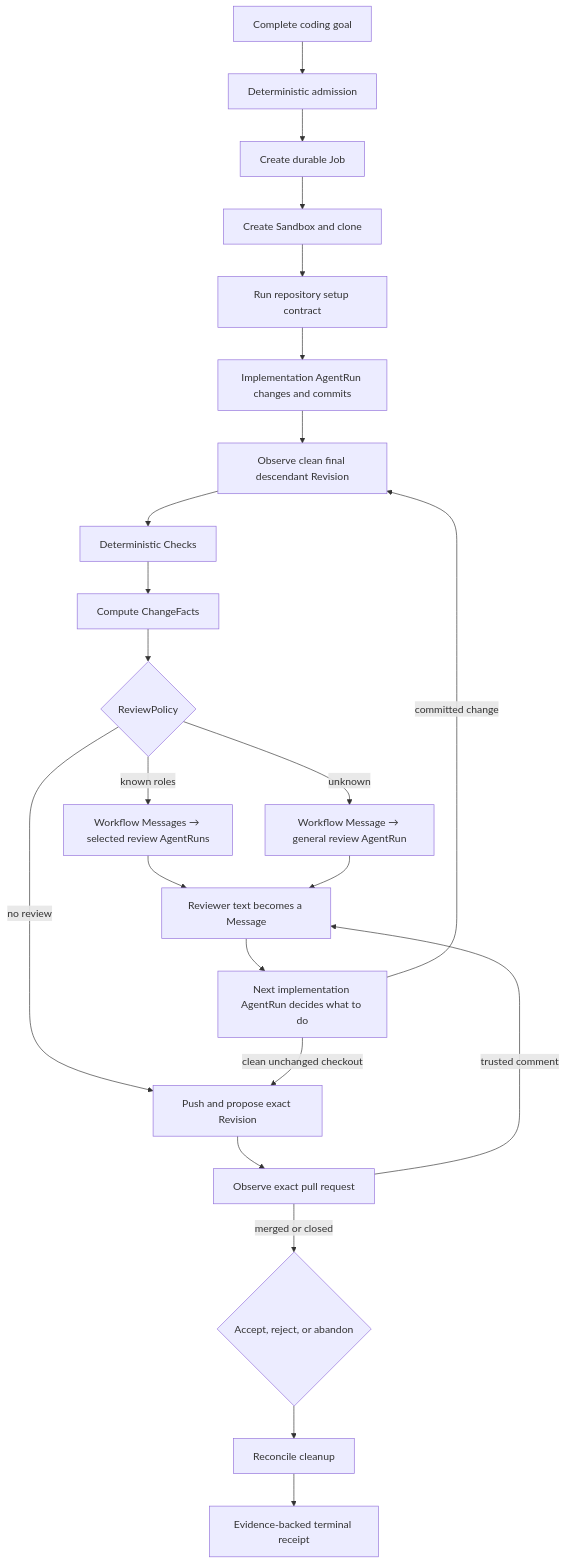
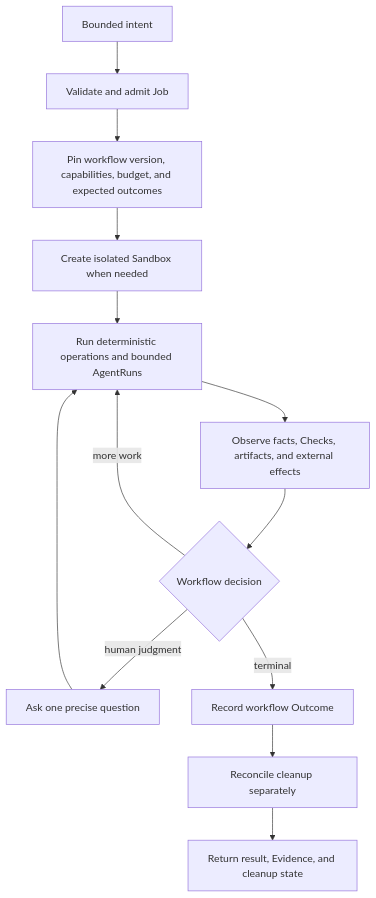
One commit to aphronio/dorf changed the diagram in docs/project/north-star.md. Above: the diagram before and after it, drawn with Mermaid. The commit also changed other lines of this file and 7 other files, not shown here.

Commit message:
docs: clarify durable agent job direction

````diff
--- a/docs/project/north-star.md
+++ b/docs/project/north-star.md
@@ -40,25 +72,15 @@
 ```mermaid
 flowchart TD
-    Intent["Complete coding goal"] --> Admit["Deterministic admission"]
-    Admit --> Job["Create durable Job"]
-    Job --> Sandbox["Create Sandbox and clone"]
-    Sandbox --> Setup["Run repository setup contract"]
-    Setup --> Implement["Implementation AgentRun changes and commits"]
-    Implement --> Revision["Observe clean final descendant Revision"]
-    Revision --> Checks["Deterministic Checks"]
-    Checks --> Facts["Compute ChangeFacts"]
-    Facts --> Policy{"ReviewPolicy"}
-    Policy -->|"known roles"| Reviews["Workflow Messages → selected review AgentRuns"]
-    Policy -->|"unknown"| GeneralReview["Workflow Message → general review AgentRun"]
-    Policy -->|"no review"| Proposal
-    Reviews --> Feedback["Reviewer text becomes a Message"]
-    GeneralReview --> Feedback
-    Feedback --> Respond["Next implementation AgentRun decides what to do"]
-    Respond -->|"committed change"| Revision
-    Respond -->|"clean unchanged checkout"| Proposal["Push and propose exact Revision"]
-    Proposal --> Observe["Observe exact pull request"]
-    Observe -->|"trusted comment"| Feedback
-    Observe -->|"merged or closed"| Outcome{"Accept, reject, or abandon"}
-    Outcome --> Cleanup["Reconcile cleanup"]
-    Cleanup --> Receipt["Evidence-backed terminal receipt"]
+    Intent["Bounded intent"] --> Admit["Validate and admit Job"]
+    Admit --> Contract["Pin workflow version, capabilities, budget, and expected outcomes"]
+    Contract --> Sandbox["Create isolated Sandbox when needed"]
+    Sandbox --> Work["Run deterministic operations and bounded AgentRuns"]
+    Work --> Observe["Observe facts, Checks, artifacts, and external effects"]
+    Observe --> Decide{"Workflow decision"}
+    Decide -->|"more work"| Work
+    Decide -->|"human judgment"| Attention["Ask one precise question"]
+    Attention --> Work
+    Decide -->|"terminal"| Outcome["Record workflow Outcome"]
+    Outcome --> Cleanup["Reconcile cleanup separately"]
+    Cleanup --> Receipt["Return result, Evidence, and cleanup state"]
 ```
````
